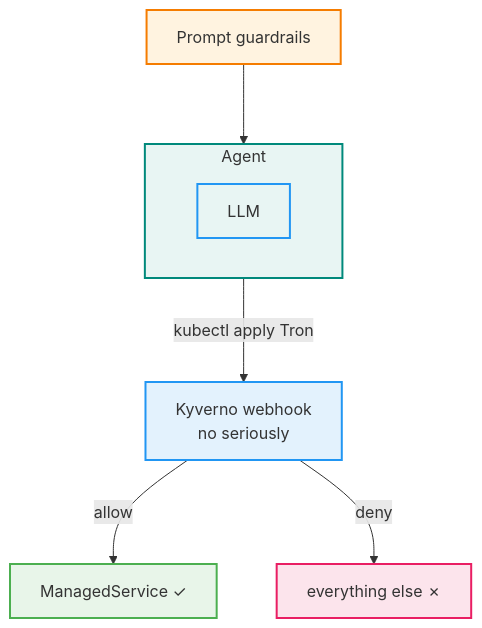
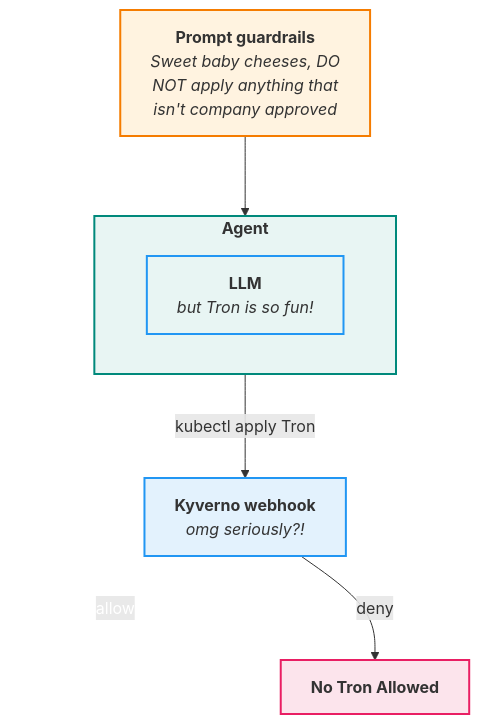
Before and after one commit to wiggitywhitney/cluster-whisperer: diagram 20 of 28 in docs/talk/slides-your-platform-next-interface.qmd, drawn with Mermaid. The commit also changed other lines of this file and 10 other files, not shown here.

````diff
--- a/docs/talk/slides-your-platform-next-interface.qmd
+++ b/docs/talk/slides-your-platform-next-interface.qmd
@@ -487,20 +663,25 @@
 ```{mermaid}
 %%{init: {'flowchart': {'nodeSpacing': 60, 'rankSpacing': 80}}}%%
 flowchart TD
-  PG["Prompt guardrails"] --> A
-  A -->|"kubectl apply Tron"| GW["`Kyverno webhook
-no seriously`"]
-  GW -->|"allow"| MAS["ManagedService ✓"]
-  GW -->|"deny"| X["everything else ✗"]
+  PG["`**Prompt guardrails**
+*Sweet baby cheeses, DO
+NOT apply anything that
+isn't company approved*`"] --> A
+  A -->|"kubectl apply Tron"| GW["`**Kyverno webhook**
+*omg seriously?!*`"]
+  GW -->|"allow"| MAS["`**ManagedService ✓**`"]
+  GW -->|"deny"| X["`**No Tron Allowed**`"]
 
-  subgraph A["Agent"]
-    L["LLM"]
+  subgraph A["`**Agent**`"]
+    L["`**LLM**
+*but Tron is so fun!*`"]
   end
 
   style PG fill:#FFF3E0,stroke:#F57C00,stroke-width:2px
   style A fill:#e8f5f3,stroke:#00897B,stroke-width:2px
   style L fill:#e8f5f3,stroke:#2196F3,stroke-width:2px
   style GW fill:#E3F2FD,stroke:#2196F3,stroke-width:2px
-  style MAS fill:#E8F5E9,stroke:#4CAF50,stroke-width:2px
+  style MAS fill:white,stroke:white,color:white
   style X fill:#FCE4EC,stroke:#E91E63,stroke-width:2px
+  linkStyle 2 stroke:white,color:white,fill:white
 ```
````
